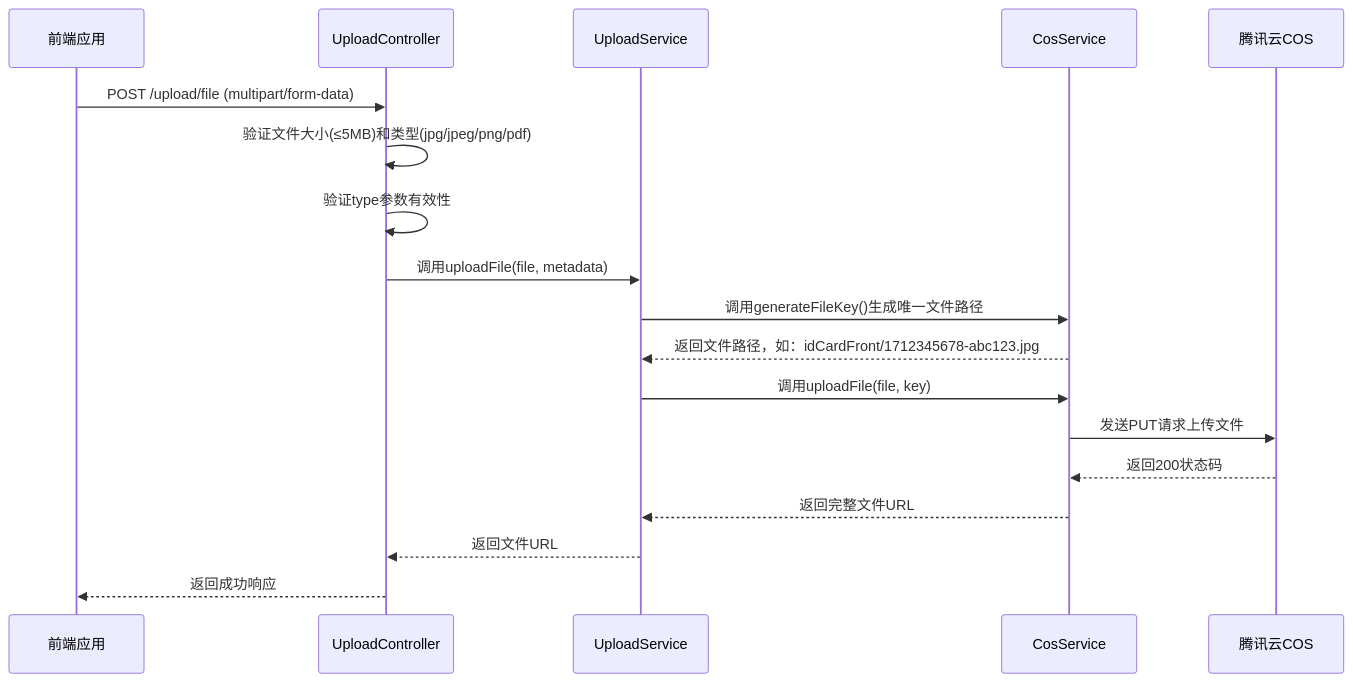
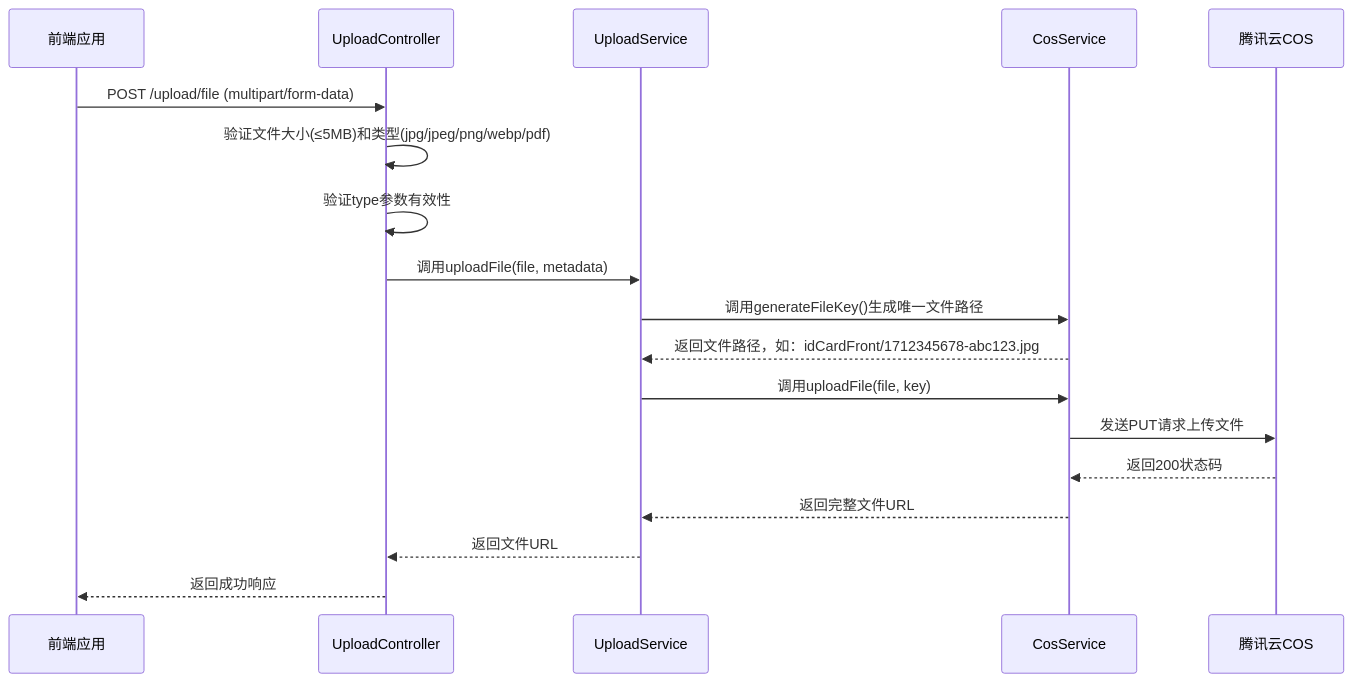
One commit to sunxuebo91/andejiazhengkaifa changed the first of 7 diagrams in .qoder/repowiki/zh/content/API参考/文件上传API.md. Above: the diagram before and after it, drawn with Mermaid. The commit also changed other lines of this file and 439 other files, not shown here.

````diff
--- a/.qoder/repowiki/zh/content/API参考/文件上传API.md
+++ b/.qoder/repowiki/zh/content/API参考/文件上传API.md
@@ -73,20 +74,20 @@
 ```mermaid
 sequenceDiagram
 participant 前端 as 前端应用
 participant 控制器 as UploadController
 participant 上传服务 as UploadService
 participant COS服务 as CosService
 participant 腾讯云COS as 腾讯云COS
 前端->>控制器 : POST /upload/file (multipart/form-data)
-控制器->>控制器 : 验证文件大小(≤5MB)和类型(jpg/jpeg/png/pdf)
+控制器->>控制器 : 验证文件大小(≤5MB)和类型(jpg/jpeg/png/webp/pdf)
 控制器->>控制器 : 验证type参数有效性
 控制器->>上传服务 : 调用uploadFile(file, metadata)
 上传服务->>COS服务 : 调用generateFileKey()生成唯一文件路径
 COS服务-->>上传服务 : 返回文件路径，如：idCardFront/1712345678-abc123.jpg
 上传服务->>COS服务 : 调用uploadFile(file, key)
 COS服务->>腾讯云COS : 发送PUT请求上传文件
 腾讯云COS-->>COS服务 : 返回200状态码
 COS服务-->>上传服务 : 返回完整文件URL
 上传服务-->>控制器 : 返回文件URL
 控制器-->>前端 : 返回成功响应
 ```
````
